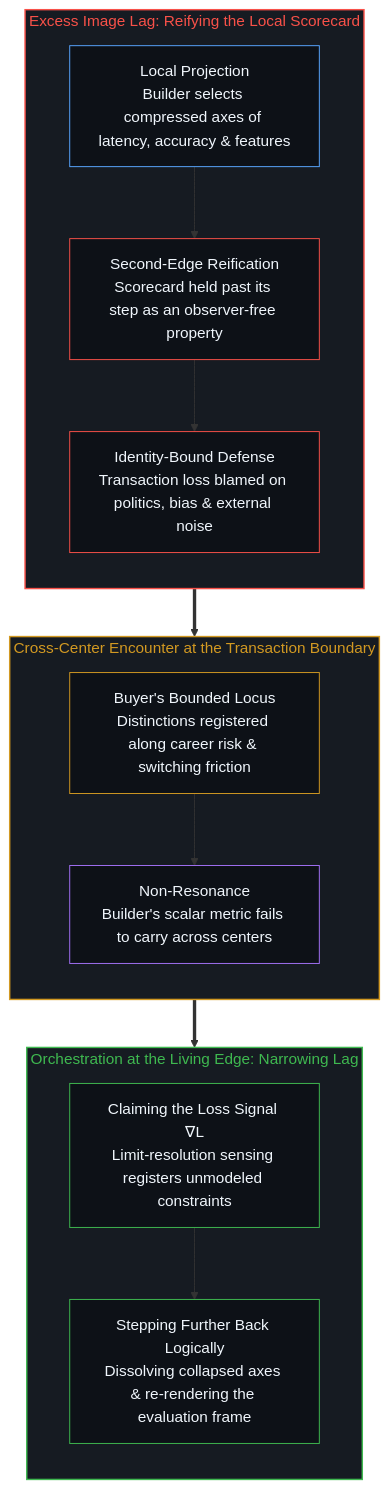
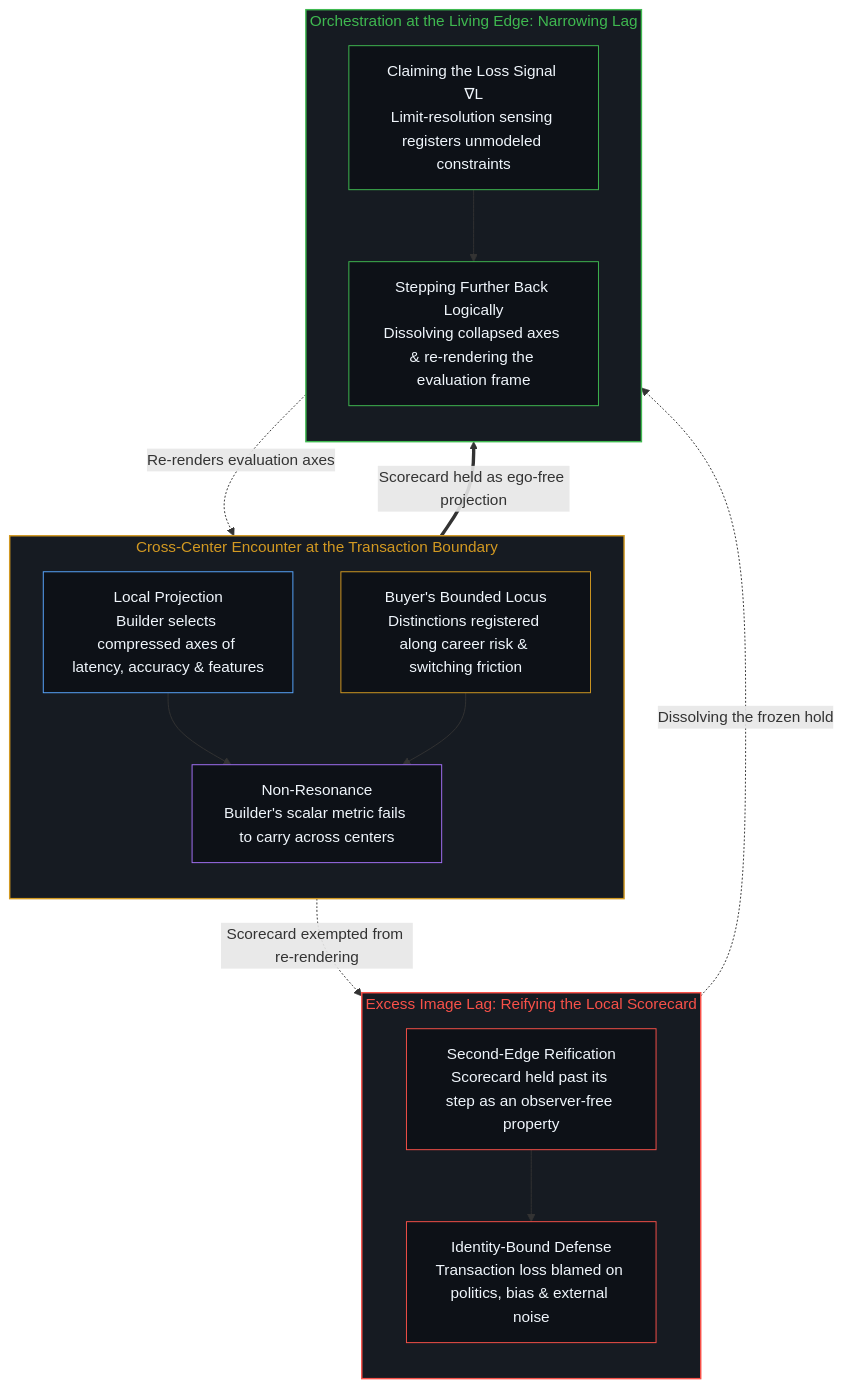
One commit to powerpig99/not-a-toe changed the second of 2 diagrams in content/posts/the-category-error-of-better.md. Above: the diagram before and after it, drawn with Mermaid. The commit also changed other lines of this file and 3 other files, not shown here.

````diff
--- a/content/posts/the-category-error-of-better.md
+++ b/content/posts/the-category-error-of-better.md
@@ -74,34 +77,37 @@
 ```mermaid
 flowchart TD
+    subgraph S_Collision["Cross-Center Encounter at the Transaction Boundary"]
+        direction TB
+        N_Proj["Local Projection<br/>Builder selects compressed axes of latency, accuracy & features"]
+        N_Buyer["Buyer's Bounded Locus<br/>Distinctions registered along career risk & switching friction"]
+        N_Mismatch["Non-Resonance<br/>Builder's scalar metric fails to carry across centers"]
+        N_Proj --> N_Mismatch
+        N_Buyer --> N_Mismatch
+    end
     subgraph S_Lag["Excess Image Lag: Reifying the Local Scorecard"]
         direction TB
-        N_Proj["Local Projection<br/>Builder selects compressed axes of latency, accuracy & features"]
         N_Freeze["Second-Edge Reification<br/>Scorecard held past its step as an observer-free property"]
         N_Defend["Identity-Bound Defense<br/>Transaction loss blamed on politics, bias & external noise"]
-        N_Proj --> N_Freeze --> N_Defend
-    end
-    subgraph S_Collision["Cross-Center Encounter at the Transaction Boundary"]
-        direction TB
-        N_Buyer["Buyer's Bounded Locus<br/>Distinctions registered along career risk & switching friction"]
-        N_Mismatch["Non-Resonance<br/>Builder's scalar metric fails to carry across centers"]
-        N_Buyer --> N_Mismatch
+        N_Freeze --> N_Defend
     end
     subgraph S_Update["Orchestration at the Living Edge: Narrowing Lag"]
         direction TB
         N_Claim["Claiming the Loss Signal ∇L<br/>Limit-resolution sensing registers unmodeled constraints"]
         N_StepBack["Stepping Further Back Logically<br/>Dissolving collapsed axes & re-rendering the evaluation frame"]
         N_Claim --> N_StepBack
     end
-    N_Defend ==> N_Buyer
-    N_Mismatch ==> N_Claim
+    N_Mismatch -.->|"Scorecard exempted from re-rendering"| N_Freeze
+    N_Mismatch ==>|"Scorecard held as ego-free projection"| N_Claim
+    N_Defend -.->|"Dissolving the frozen hold"| N_Claim
+    N_StepBack -.->|"Re-renders evaluation axes"| N_Proj
+    style S_Collision fill:#161b22,stroke:#d29922,stroke-width:1.5px,color:#d29922
     style S_Lag fill:#161b22,stroke:#f85149,stroke-width:1.5px,color:#f85149
-    style S_Collision fill:#161b22,stroke:#d29922,stroke-width:1.5px,color:#d29922
     style S_Update fill:#161b22,stroke:#3fb950,stroke-width:1.5px,color:#3fb950
     style N_Proj fill:#0d1117,stroke:#58a6ff,stroke-width:1px,color:#f0f6fc
+    style N_Buyer fill:#0d1117,stroke:#d29922,stroke-width:1px,color:#f0f6fc
+    style N_Mismatch fill:#0d1117,stroke:#a371f7,stroke-width:1px,color:#f0f6fc
     style N_Freeze fill:#0d1117,stroke:#f85149,stroke-width:1px,color:#f0f6fc
     style N_Defend fill:#0d1117,stroke:#f85149,stroke-width:1px,color:#f0f6fc
-    style N_Buyer fill:#0d1117,stroke:#d29922,stroke-width:1px,color:#f0f6fc
-    style N_Mismatch fill:#0d1117,stroke:#a371f7,stroke-width:1px,color:#f0f6fc
     style N_Claim fill:#0d1117,stroke:#3fb950,stroke-width:1px,color:#f0f6fc
     style N_StepBack fill:#0d1117,stroke:#3fb950,stroke-width:1px,color:#f0f6fc
 ```
````
